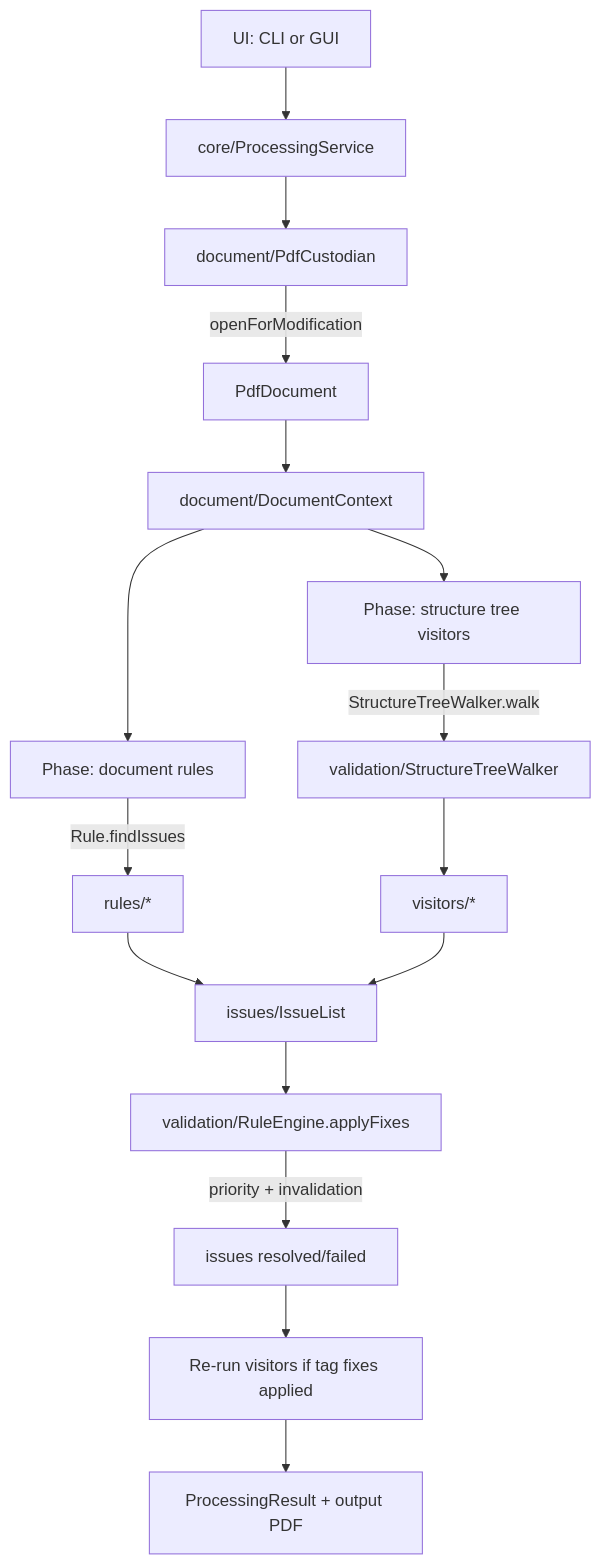
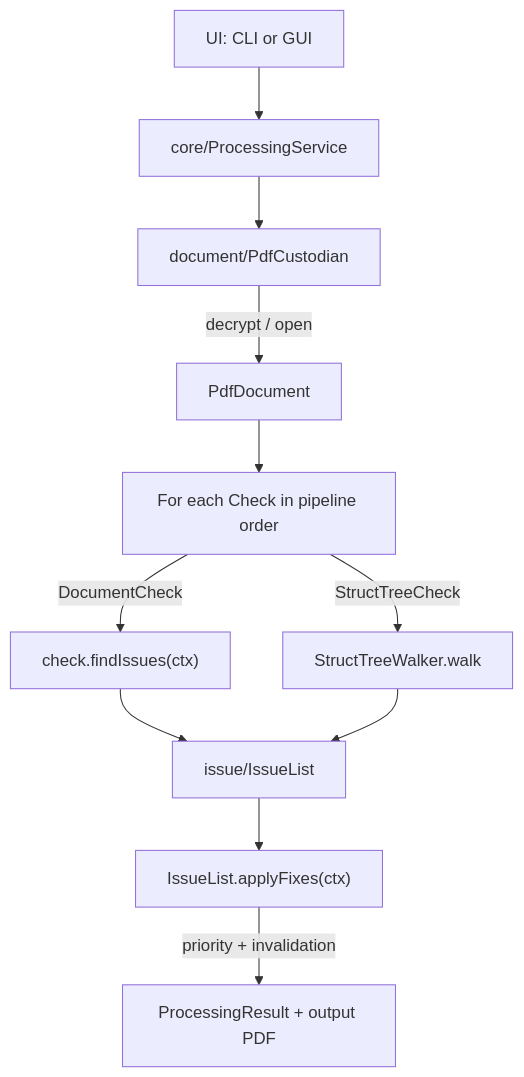
The diagram in CONTRIBUTING.md (boyechko/pdf-autoa11y), drawn with Mermaid before and after one commit. The commit also changed other lines of this file and 2 other files, not shown here.

Commit message:
docs: Checker pipeline unification

````diff
--- a/CONTRIBUTING.md
+++ b/CONTRIBUTING.md
@@ -43,22 +40,16 @@
 ```mermaid
 flowchart TD
   UI["UI: CLI or GUI"] --> PS["core/ProcessingService"]
   PS --> PC["document/PdfCustodian"]
-  PC -->|openForModification| PDF["PdfDocument"]
-  PDF --> CTX["document/DocumentContext"]
+  PC -->|decrypt / open| PDF["PdfDocument"]
 
-  CTX --> DOC["Phase: document rules"]
-  CTX --> TAG["Phase: structure tree visitors"]
+  PDF --> LOOP["For each Check in pipeline order"]
+  LOOP -->|DocumentCheck| DC["check.findIssues(ctx)"]
+  LOOP -->|StructTreeCheck| TC["StructTreeWalker.walk"]
 
-  DOC -->|Rule.findIssues| RULES["rules/*"]
-  TAG -->|StructureTreeWalker.walk| WALK["validation/StructureTreeWalker"]
-  WALK --> VIS["visitors/*"]
+  DC --> ISS["issue/IssueList"]
+  TC --> ISS
 
-  RULES --> ISS["issues/IssueList"]
-  VIS --> ISS
-
-  ISS --> FIX["validation/RuleEngine.applyFixes"]
-  FIX -->|"priority + invalidation"| APPLIED["issues resolved/failed"]
-  APPLIED --> REVAL["Re-run visitors if tag fixes applied"]
-  REVAL --> OUT["ProcessingResult + output PDF"]
+  ISS --> FIX["IssueList.applyFixes(ctx)"]
+  FIX -->|"priority + invalidation"| OUT["ProcessingResult + output PDF"]
 ```
````
